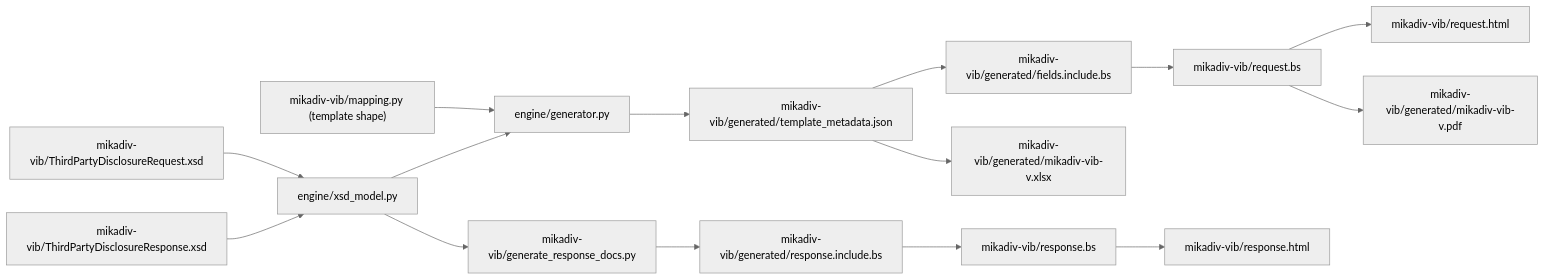
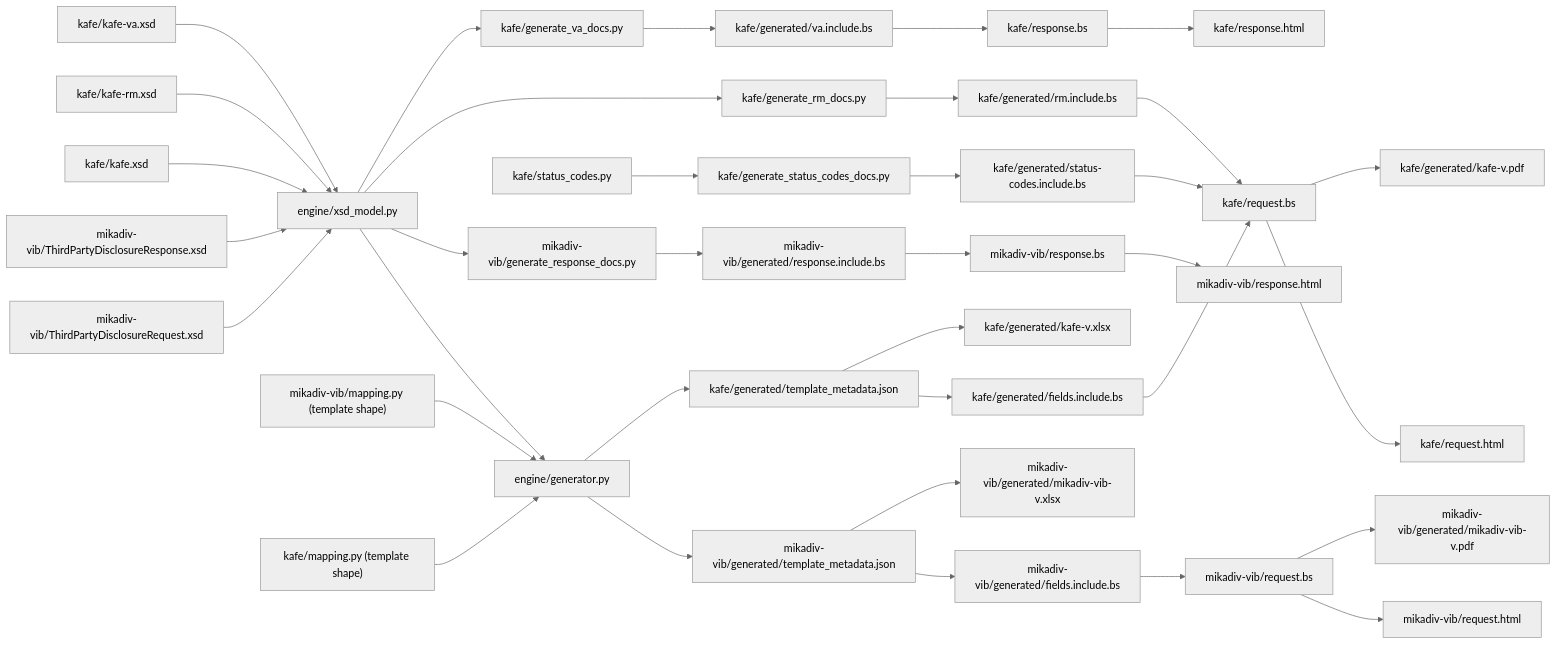
Before and after one commit to OpenFASTER-Standard/spec: the diagram in README.md, drawn with Mermaid (neutral theme). The commit also changed other lines of this file and 36 other files, not shown here.

First line of the commit message:
Add KaFE OpenFASTER module (request/response/status-codes) (#12)

````diff
--- a/README.md
+++ b/README.md
@@ -72,17 +96,38 @@
 ```mermaid
 flowchart LR
   xsd["mikadiv-vib/ThirdPartyDisclosureRequest.xsd"] --> model["engine/xsd_model.py"]
   map["mikadiv-vib/mapping.py (template shape)"] --> gen["engine/generator.py"]
   model --> gen
   gen --> meta["mikadiv-vib/generated/template_metadata.json"]
   meta --> incl["mikadiv-vib/generated/fields.include.bs"]
   incl --> bs["mikadiv-vib/request.bs"]
   bs --> html["mikadiv-vib/request.html"]
   bs --> pdf["mikadiv-vib/generated/mikadiv-vib-v<version>.pdf"]
   meta --> xlsx["mikadiv-vib/generated/mikadiv-vib-v<version>.xlsx"]
   rxsd["mikadiv-vib/ThirdPartyDisclosureResponse.xsd"] --> model
   model --> rgen["mikadiv-vib/generate_response_docs.py"]
   rgen --> rincl["mikadiv-vib/generated/response.include.bs"]
   rincl --> rbs["mikadiv-vib/response.bs"]
   rbs --> rhtml["mikadiv-vib/response.html"]
+
+  kxsd["kafe/kafe.xsd"] --> model
+  kmap["kafe/mapping.py (template shape)"] --> gen
+  gen --> kmeta["kafe/generated/template_metadata.json"]
+  kmeta --> kincl["kafe/generated/fields.include.bs"]
+  kincl --> kbs["kafe/request.bs"]
+  kbs --> khtml["kafe/request.html"]
+  kbs --> kpdf["kafe/generated/kafe-v<version>.pdf"]
+  kmeta --> kxlsx["kafe/generated/kafe-v<version>.xlsx"]
+  krmxsd["kafe/kafe-rm.xsd"] --> model
+  model --> krmgen["kafe/generate_rm_docs.py"]
+  krmgen --> krmincl["kafe/generated/rm.include.bs"]
+  krmincl --> kbs
+  kstatus["kafe/status_codes.py"] --> kstatusgen["kafe/generate_status_codes_docs.py"]
+  kstatusgen --> kstatusincl["kafe/generated/status-codes.include.bs"]
+  kstatusincl --> kbs
+  kvaxsd["kafe/kafe-va.xsd"] --> model
+  model --> kvagen["kafe/generate_va_docs.py"]
+  kvagen --> kvaincl["kafe/generated/va.include.bs"]
+  kvaincl --> krbs["kafe/response.bs"]
+  krbs --> krhtml["kafe/response.html"]
 ```
````
